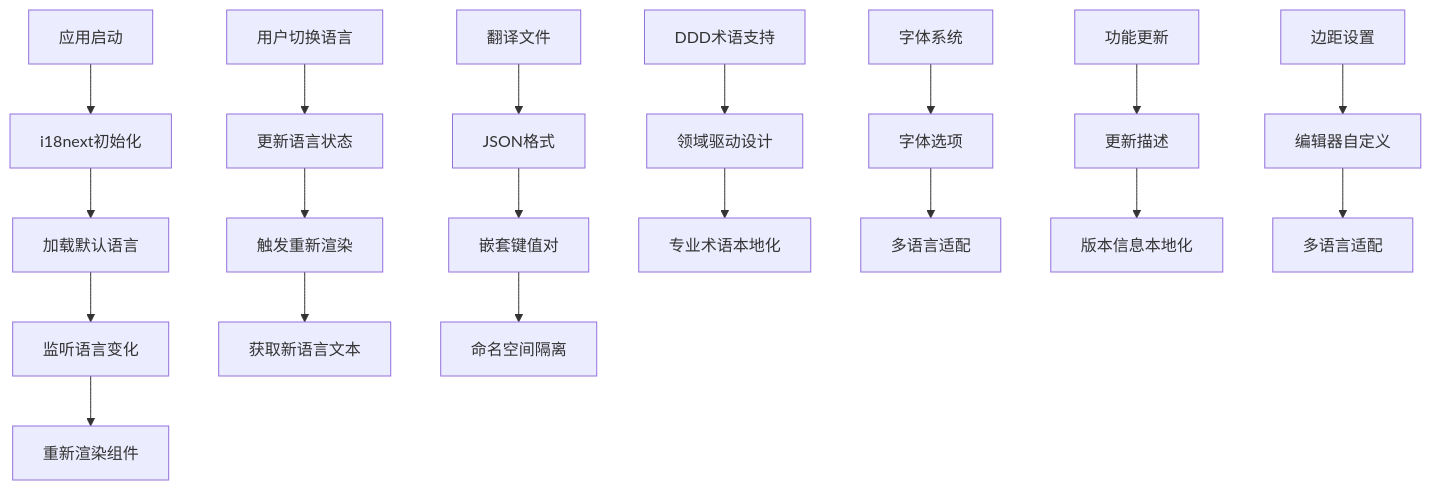
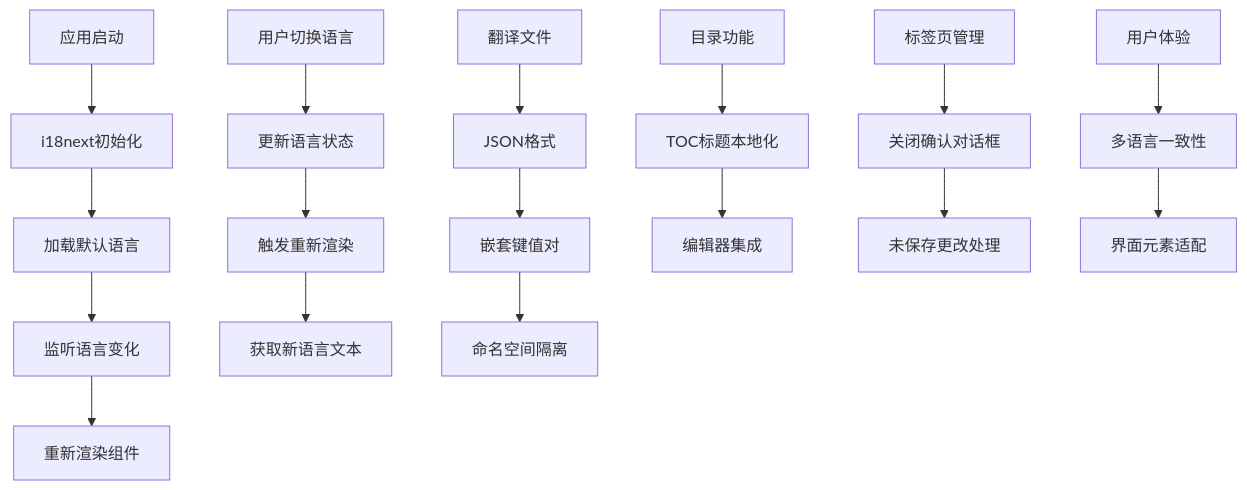
One commit to gongshiyun/ZenNote changed the first of 2 diagrams in .qoder/repowiki/zh/content/国际化.md. Above: the diagram before and after it, drawn with Mermaid. The commit also changed other lines of this file and 88 other files, not shown here.

````diff
--- a/.qoder/repowiki/zh/content/国际化.md
+++ b/.qoder/repowiki/zh/content/国际化.md
@@ -44,21 +45,19 @@
 ```mermaid
 graph TD
 A[应用启动] --> B[i18next初始化]
 B --> C[加载默认语言]
 C --> D[监听语言变化]
 D --> E[重新渲染组件]
 F[用户切换语言] --> G[更新语言状态]
 G --> H[触发重新渲染]
 H --> I[获取新语言文本]
 J[翻译文件] --> K[JSON格式]
 K --> L[嵌套键值对]
 L --> M[命名空间隔离]
-N[DDD术语支持] --> O[领域驱动设计]
-O --> P[专业术语本地化]
-Q[字体系统] --> R[字体选项]
-R --> S[多语言适配]
-T[功能更新] --> U[更新描述]
-U --> V[版本信息本地化]
-W[边距设置] --> X[编辑器自定义]
-X --> Y[多语言适配]
+N[目录功能] --> O[TOC标题本地化]
+O --> P[编辑器集成]
+Q[标签页管理] --> R[关闭确认对话框]
+R --> S[未保存更改处理]
+T[用户体验] --> U[多语言一致性]
+U --> V[界面元素适配]
 ```
````
